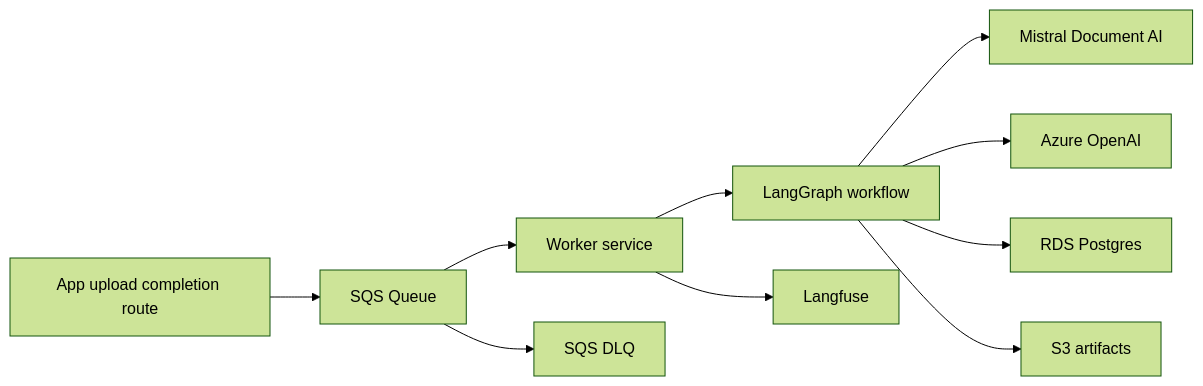
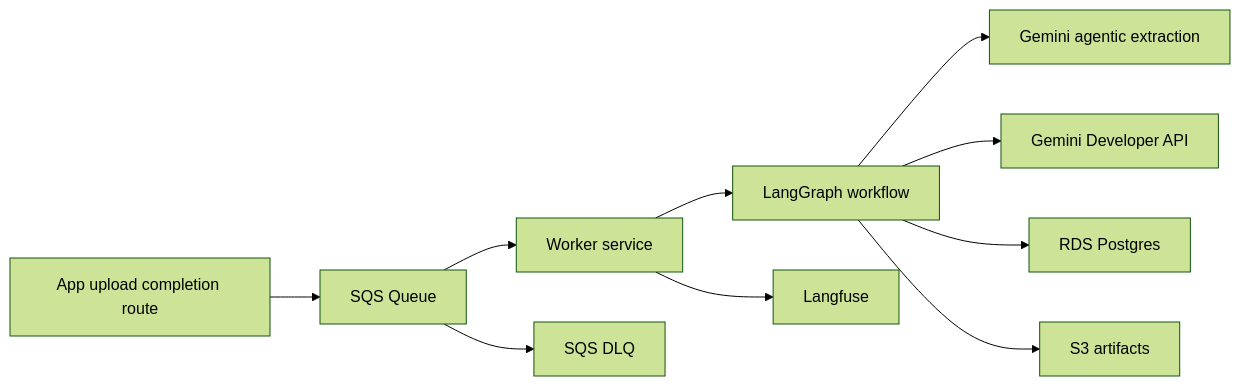
The diagram in docs/plans/ASYNC_WORKER_PLAN.md (joseph-grospe/taxgenie-hackathon), drawn with Mermaid (forest theme) before and after one commit. The commit also changed other lines of this file and 19 other files, not shown here.

````diff
--- a/docs/plans/ASYNC_WORKER_PLAN.md
+++ b/docs/plans/ASYNC_WORKER_PLAN.md
@@ -14,12 +14,12 @@
 ```mermaid
 flowchart LR
     APP[App upload completion route] --> Q[SQS Queue]
     Q --> WKR[Worker service]
     WKR --> LG[LangGraph workflow]
-    LG --> MD[Mistral Document AI]
-    LG --> AO[Azure OpenAI]
+    LG --> MD[Gemini agentic extraction]
+    LG --> AO[Gemini Developer API]
     LG --> DB[RDS Postgres]
     LG --> S3[S3 artifacts]
     WKR --> LF[Langfuse]
     Q --> DLQ[SQS DLQ]
 ```
````
